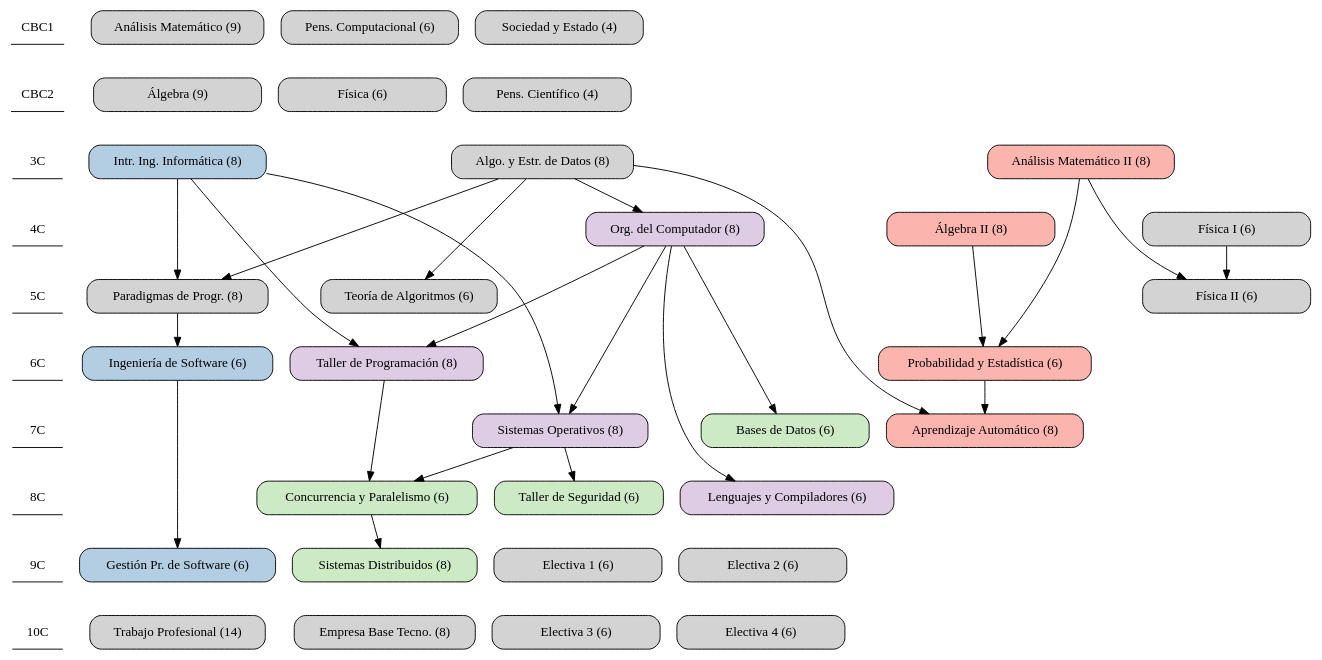
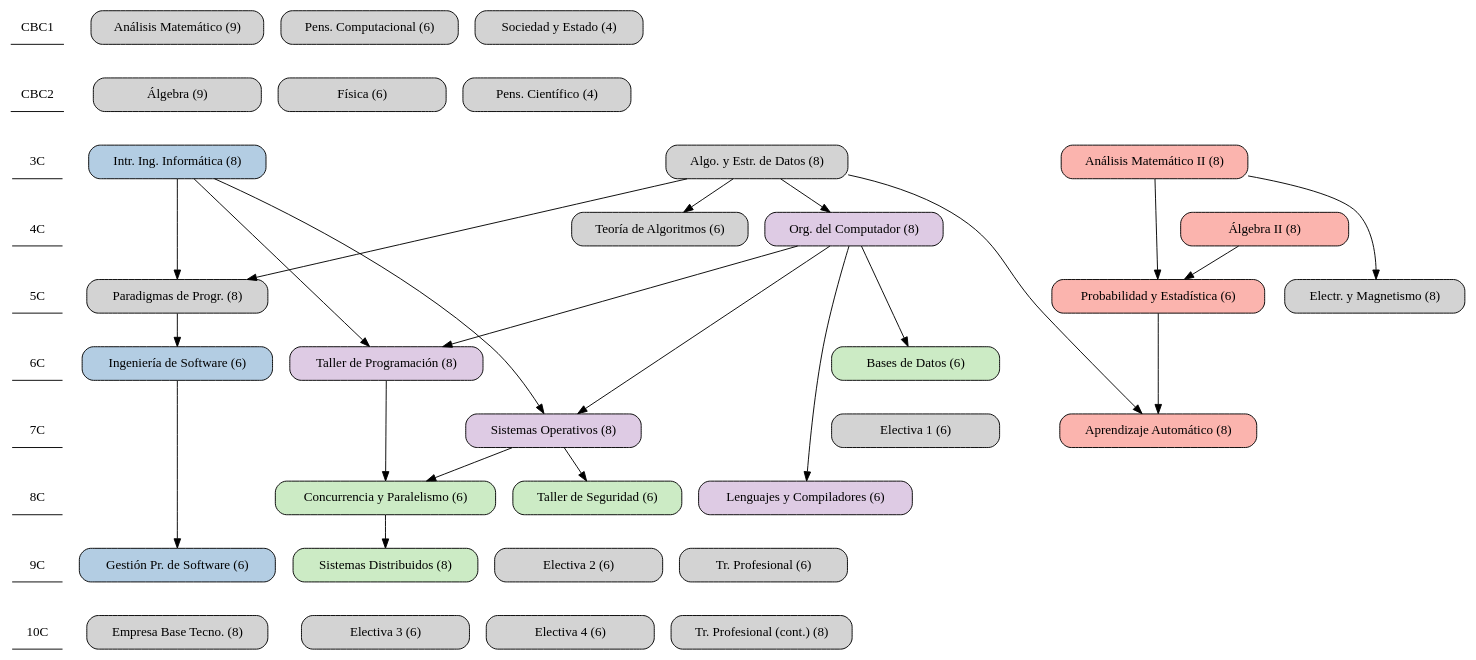
One commit to ing-informatica-fiuba/ing-informatica-fiuba.github.io changed the diagram in plan2020.dot. Above: the diagram before and after it, drawn with Graphviz.

```diff
--- a/plan2020.dot
+++ b/plan2020.dot
@@ -1,76 +1,76 @@
 digraph {
     # grilla vertical de cuatrimestres
     node[shape=underline]
     "CBC1" -> "CBC2" -> "3C" -> "4C" -> "5C" -> "6C" -> "7C" -> "8C" -> "9C" -> "10C" [style=invis]
 
     # lista de materias
     node [shape=box, style="rounded,filled", width=2.5, colorscheme=pastel14]
     am1[label="Análisis Matemático (9)", group=1]
     alg1[label="Álgebra (9)", group=1]
     pco[label="Pens. Computacional (6)"]
     sye[label="Sociedad y Estado (4)"]
     fis[label="Física (6)"]
     pci[label="Pens. Científico (4)"]
 
     am2[label="Análisis Matemático II (8)", fillcolor=1, group=1]
     alg2[label="Álgebra II (8)", fillcolor=1, group=1]
     aye[label="Algo. y Estr. de Datos (8)", group=al]
     ids[label="Intr. Ing. Informática (8)", fillcolor=2, group=2]
     is[label="Ingeniería de Software (6)", fillcolor=2, group=2]
     gs[label="Gestión Pr. de Software (6)", fillcolor=2, group=2]
     par[label="Paradigmas de Progr. (8)", group=2]
     tda[label="Teoría de Algoritmos (6)"]
-    fi1[label="Física I (6)", group=f]
-    fi2[label="Física II (6)", group=f]
+    fi2[label="Electr. y Magnetismo (8)", group=f]
     org[label="Org. del Computador (8)", fillcolor=4]
     tal[label="Taller de Programación (8)", fillcolor=4]
     lyc[label="Lenguajes y Compiladores (6)", fillcolor=4]
     so[label="Sistemas Operativos (8)", fillcolor=4]
     pro[label="Probabilidad y Estadística (6)", fillcolor=1, group=1]
     ml[label="Aprendizaje Automático (8)", fillcolor=1, group=1]
     bd[label="Bases de Datos (6)", fillcolor=3]
     seg[label="Taller de Seguridad (6)", fillcolor=3]
     con[label="Concurrencia y Paralelismo (6)", fillcolor=3]
     dis[label="Sistemas Distribuidos (8)", fillcolor=3]
 
     e1[label="Electiva 1 (6)"]
     e2[label="Electiva 2 (6)"]
     e3[label="Electiva 3 (6)"]
     e4[label="Electiva 4 (6)"]
-    tp[label="Trabajo Profesional (14)"]
+    tp1[label="Tr. Profesional (6)"]
+    tp2[label="Tr. Profesional (cont.) (8)"]
     emp[label="Empresa Base Tecno. (8)"]
 
     # distribucion por cuatrimestre
     {rank = same; "CBC1"; am1;  sye; pco;}
     {rank = same; "CBC2"; alg1;  fis; pci;}
     {rank = same; "3C"; am2;  aye; ids;}
-    {rank = same; "4C"; alg2; fi1; org;}
-    {rank = same; "5C"; fi2; par; tda;}
-    {rank = same; "6C"; pro; tal; is;}
-    {rank = same; "7C"; so;bd; ml;}
+    {rank = same; "4C"; alg2; tda; org;}
+    {rank = same; "5C"; fi2; pro; par;}
+    {rank = same; "6C"; tal; is; bd}
+    {rank = same; "7C"; so; ml; e1; }
     {rank = same; "8C"; lyc; con;seg;}
-    {rank = same; "9C"; dis; gs; e1; e2}
-    {rank = same; "10C"; emp; tp; e3; e4}
+    {rank = same; "9C"; dis; gs; tp1; e2}
+    {rank = same; "10C"; emp; tp2; e3; e4}
 
     # correlatividades
     aye ->  org -> so -> con -> dis
     org -> tal -> con
     ids ->  par -> is -> gs
     aye ->  par
     aye ->  tda
     aye ->  ml
     ids ->  tal
     am2 ->  pro
     am2 ->  fi2
     alg2 -> pro -> ml
     org ->  lyc
     org ->  bd
-    fi1 ->  fi2
     ids -> so  ->  seg
 
 
     # estas son solo para mantener la disposicion
     am1 -> alg1 -> ids [style=invis]
-    gs -> tp [style=invis]
-    dis -> emp [style=invis]
+    bd -> e1 [style=invis]
+    gs -> emp [style=invis]
+    dis -> e3[style=invis]
 }
```
